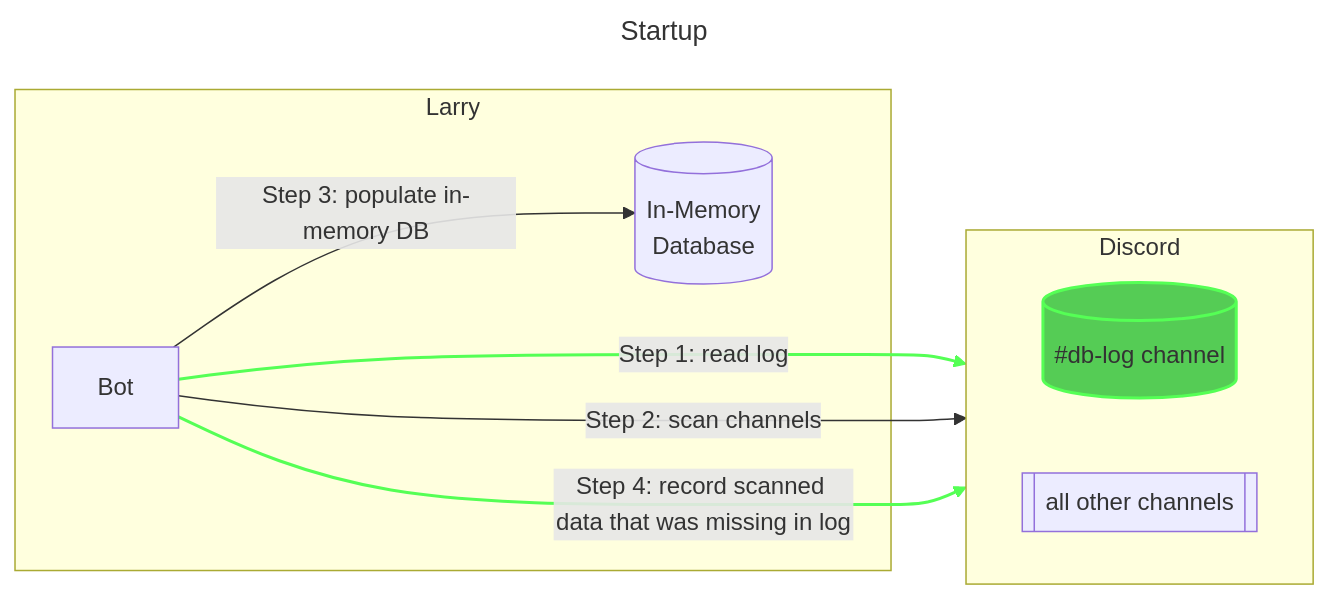
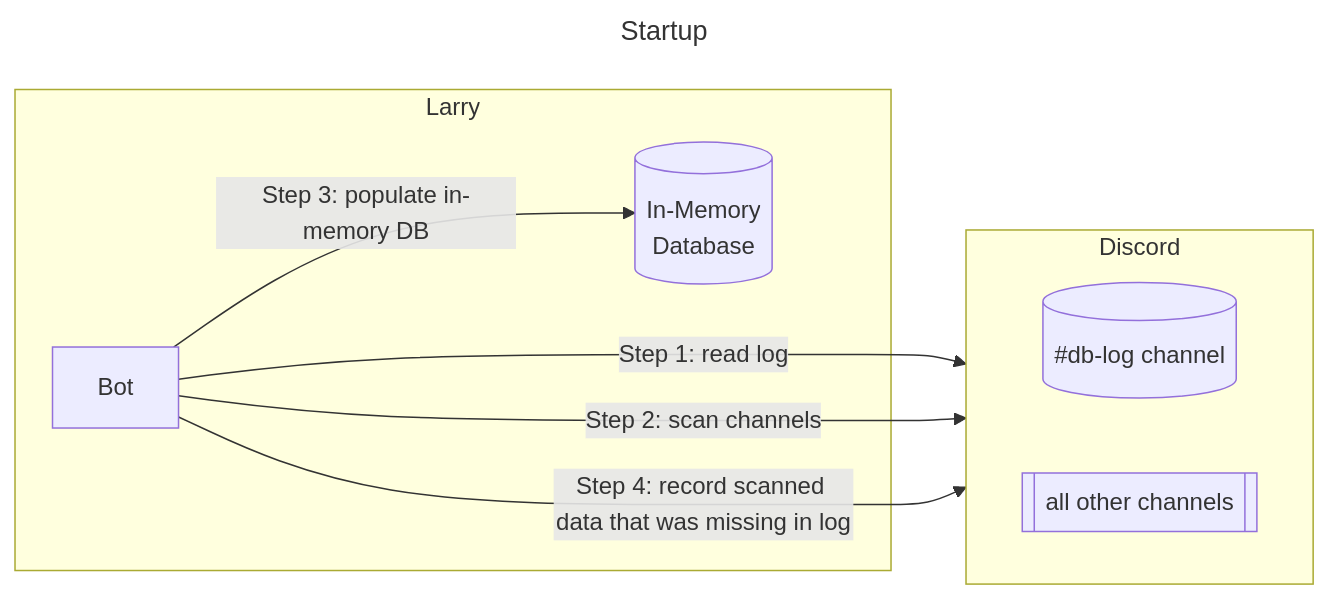
The first of 5 diagrams in active-member-discord-bot/docs/database-design.md (regenerativeag/tools), drawn with Mermaid before and after one commit. The commit also changed other lines of this file, not shown here.

````diff
--- a/active-member-discord-bot/docs/database-design.md
+++ b/active-member-discord-bot/docs/database-design.md
@@ -32,22 +32,19 @@
 ```mermaid
 ---
 title: Startup
 ---
 flowchart LR
     subgraph Larry
         bot[Bot]
         idb[(In-Memory <br/> Database)]
     end
     bot--->|Step 1: read log|log
-    linkStyle 0 stroke:#5f5,stroke-width:2px;
     bot--->|Step 2: scan channels|channels
     bot-->|Step 3: populate in-memory DB|idb
     bot--->|Step 4: record scanned data that was missing in log|log
-    linkStyle 3 stroke:#5f5,stroke-width:2px;
     subgraph Discord
         direction LR
         log[("#db-log" channel)]
-        style log stroke:#5f5,fill:#5c5,stroke-width:2px;
         channels[[all other channels]]
     end
 ```
````
